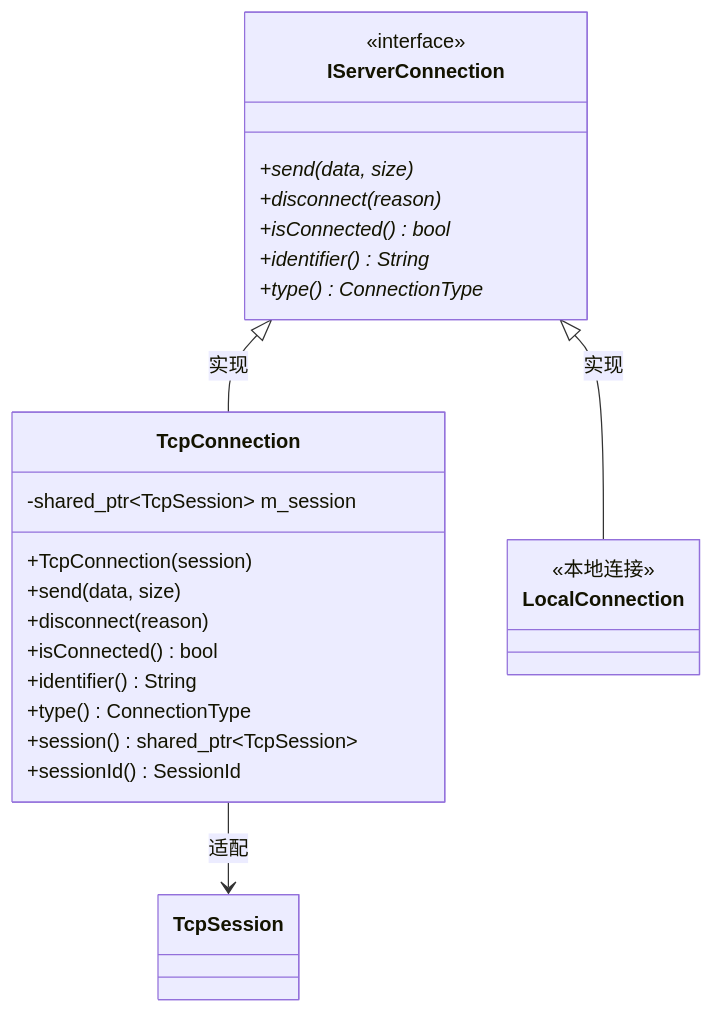
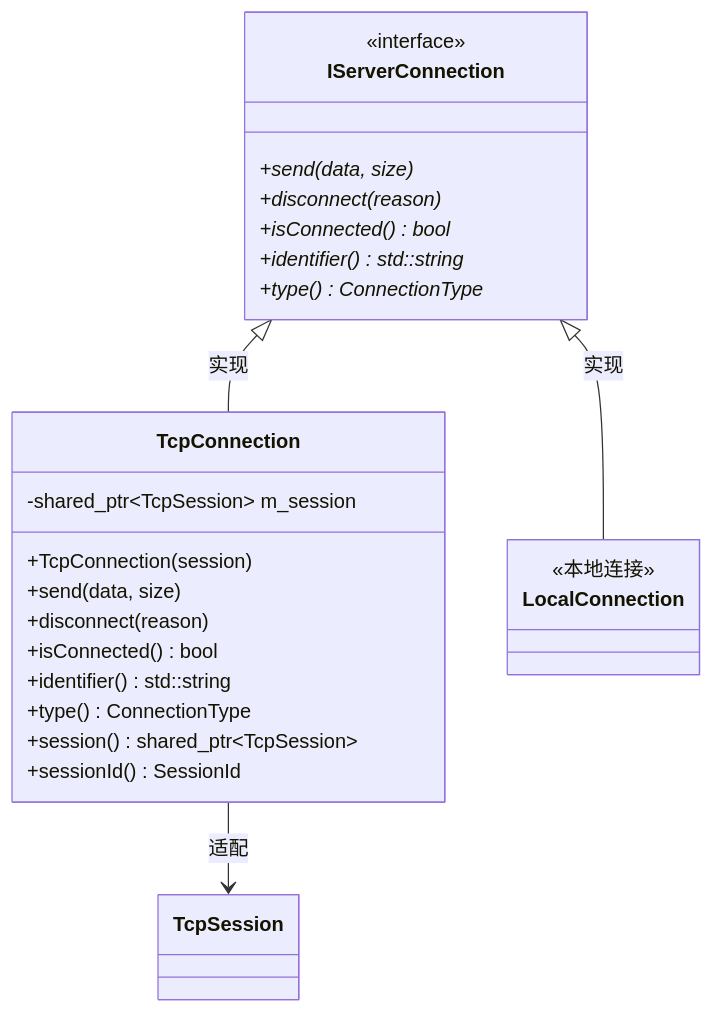
One commit to g122622/Cubium changed the fifth of 7 diagrams in src/server/network/README.md. Above: the diagram before and after it, drawn with Mermaid. The commit also changed other lines of this file and 823 other files, not shown here.

````diff
--- a/src/server/network/README.md
+++ b/src/server/network/README.md
@@ -181,31 +181,31 @@
 ```mermaid
 classDiagram
     class IServerConnection {
         <<interface>>
         +send(data, size)*
         +disconnect(reason)*
         +isConnected()* bool
-        +identifier()* String
+        +identifier()* std::string
         +type()* ConnectionType
     }
 
     class TcpConnection {
         -shared_ptr~TcpSession~ m_session
         +TcpConnection(session)
         +send(data, size)
         +disconnect(reason)
         +isConnected() bool
-        +identifier() String
+        +identifier() std::string
         +type() ConnectionType
         +session() shared_ptr~TcpSession~
         +sessionId() SessionId
     }
 
     class LocalConnection {
         <<本地连接>>
     }
 
     IServerConnection <|-- TcpConnection : 实现
     IServerConnection <|-- LocalConnection : 实现
     TcpConnection --> TcpSession : 适配
 ```
````
